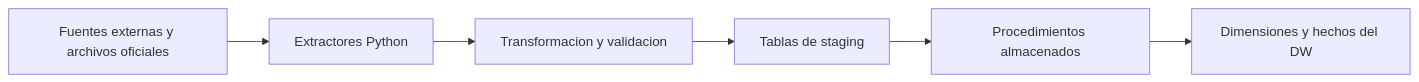
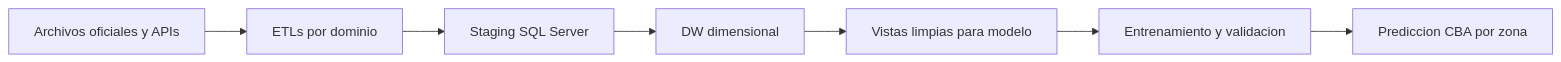
One commit to DesmondBermudez/Proyecto-AlmacenesDatos changed the first of 2 diagrams in README.md. Above: the diagram before and after it, drawn with Mermaid. The commit also changed other lines of this file and 20 other files, not shown here.

First line of the commit message:
feat/modelo-cba predictivo con vistas limpias, comparacion contra xlsx y pipeline dual

````diff
--- a/README.md
+++ b/README.md
@@ -33,8 +31,9 @@
 ```mermaid
 flowchart LR
-    A["Fuentes externas y archivos oficiales"] --> B["Extractores Python"]
-    B --> C["Transformacion y validacion"]
-    C --> D["Tablas de staging"]
-    D --> E["Procedimientos almacenados"]
-    E --> F["Dimensiones y hechos del DW"]
+    A["Archivos oficiales y APIs"] --> B["ETLs por dominio"]
+    B --> C["Staging SQL Server"]
+    C --> D["DW dimensional"]
+    D --> E["Vistas limpias para modelo"]
+    E --> F["Entrenamiento y validacion"]
+    F --> G["Prediccion CBA por zona"]
 ```
````
